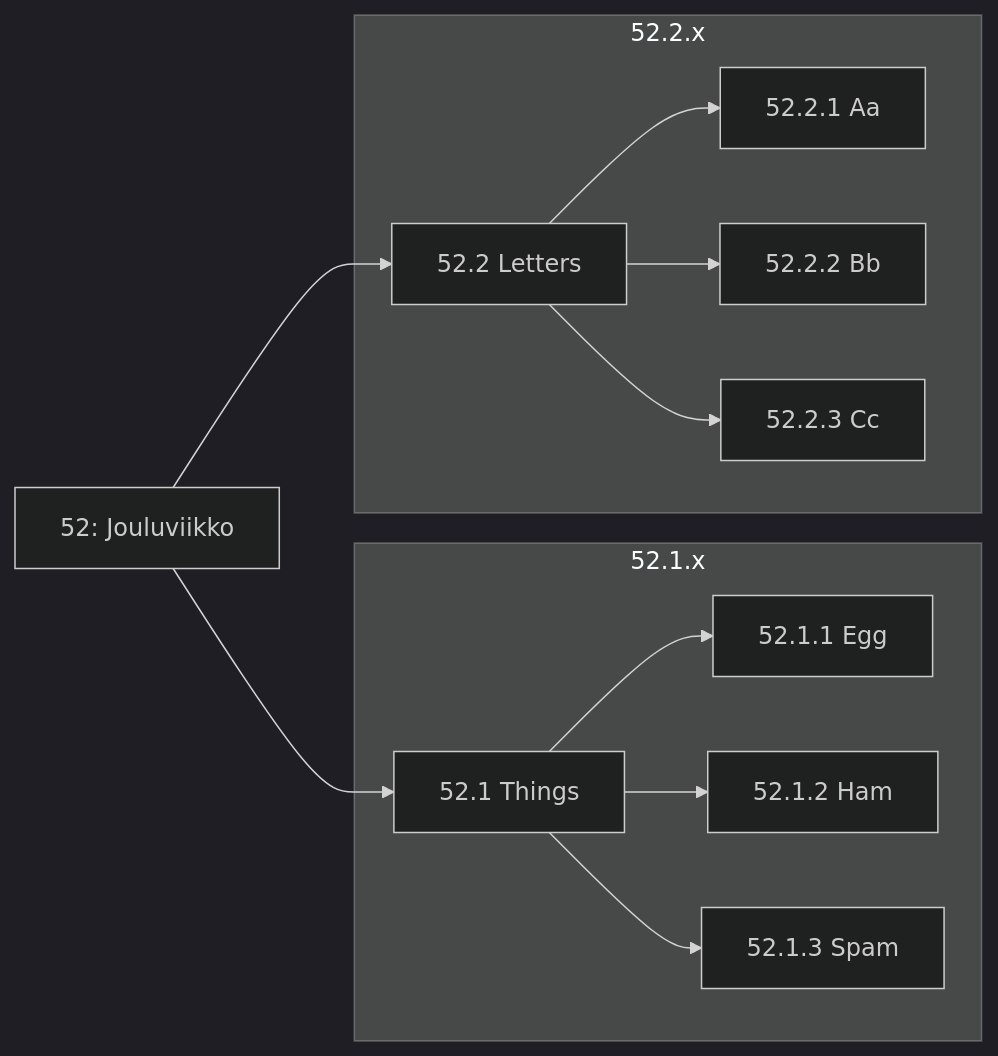
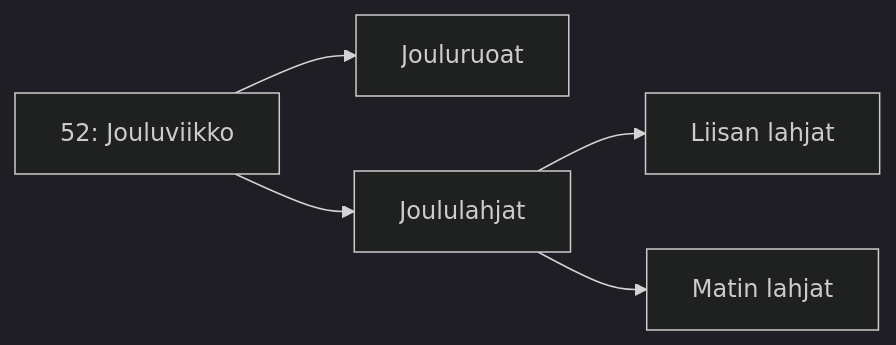
Before and after one commit to sourander/oat: the diagram in docs/weeks/01_rakenne.md, drawn with Mermaid (dark theme). The commit also changed other lines of this file and 4 other files, not shown here.

````diff
--- a/docs/weeks/01_rakenne.md
+++ b/docs/weeks/01_rakenne.md
@@ -28,22 +52,13 @@
 ```mermaid
 graph LR
     A[52: Jouluviikko]
     A --> B
     A --> C
 
-    subgraph 52.1.x
-        B[52.1 Things]
-        B --> D[52.1.1 Egg]
-        B --> E[52.1.2 Ham]
-        B --> F[52.1.3 Spam]
-    end
 
-    subgraph 52.2.x
-        C[52.2 Letters]
-        C --> G[52.2.1 Aa]
-        C --> H[52.2.2 Bb]
-        C --> I[52.2.3 Cc]
-    end
+    B[Jouluruoat]
 
-
+    C[Joululahjat]
+    C --> C1[Liisan lahjat]
+    C --> C2[Matin lahjat]
 ```
````
